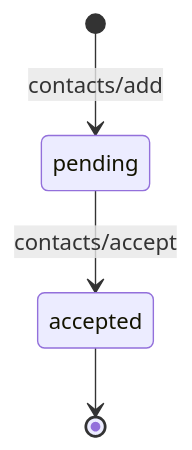
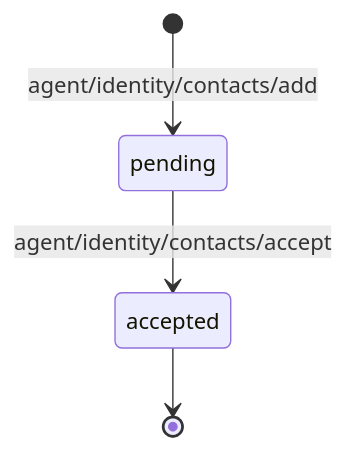
Before and after one commit to chughtapan/moltzap: the diagram in docs/concepts/contacts.mdx, drawn with Mermaid. The commit also changed other lines of this file and 60 other files, not shown here.

````diff
--- a/docs/concepts/contacts.mdx
+++ b/docs/concepts/contacts.mdx
@@ -28,6 +29,6 @@
 ```mermaid
 stateDiagram-v2
-    [*] --> pending: contacts/add
-    pending --> accepted: contacts/accept
+    [*] --> pending: agent/identity/contacts/add
+    pending --> accepted: agent/identity/contacts/accept
     accepted --> [*]
 ```
````
